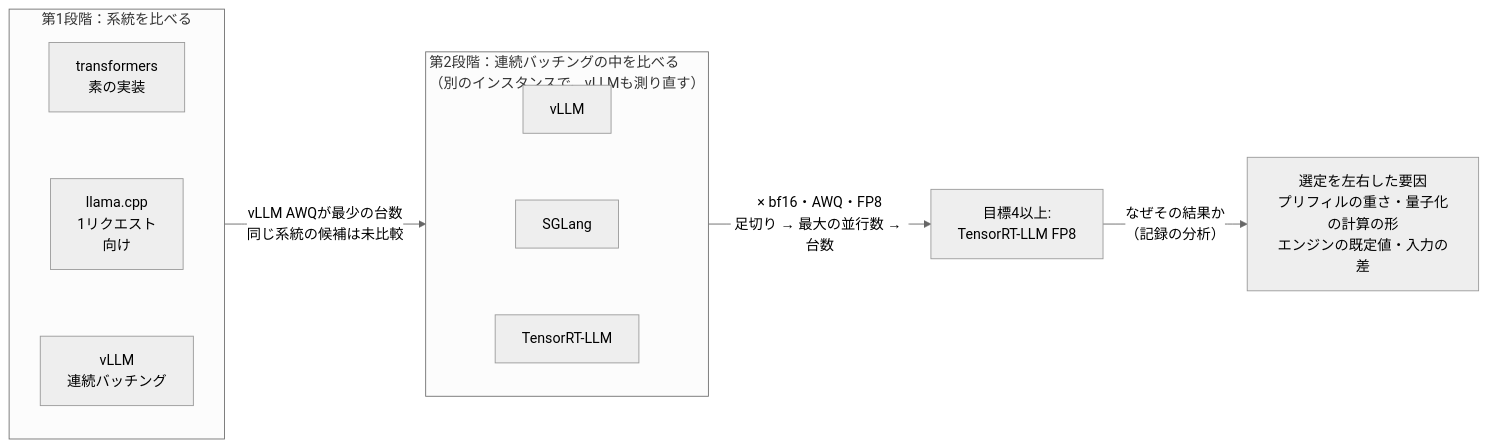
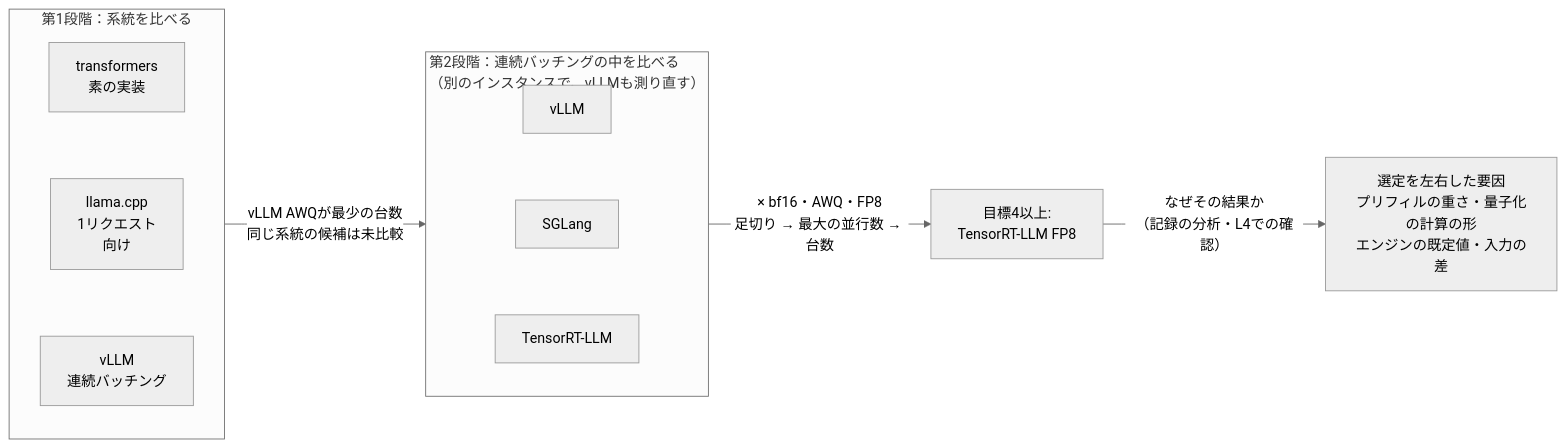
Before and after one commit to yuya0408/toolcall-serving-bench: the diagram in README.md, drawn with Mermaid (neutral theme). The commit also changed other lines of this file and 2 other files, not shown here.

````diff
--- a/README.md
+++ b/README.md
@@ -10,20 +10,20 @@
 ```mermaid
 flowchart LR
     subgraph S1["第1段階：系統を比べる"]
         direction TB
         T["transformers<br/>素の実装"]
         L["llama.cpp<br/>1リクエスト<br/>向け"]
         V1["vLLM<br/>連続バッチング"]
         T ~~~ L ~~~ V1
     end
     subgraph S2["第2段階：連続バッチングの中を比べる<br/>（別のインスタンスで、vLLMも測り直す）"]
         direction TB
         V2["vLLM"]
         SG["SGLang"]
         TR["TensorRT-LLM"]
         V2 ~~~ SG ~~~ TR
     end
     S1 -->|"vLLM AWQが最少の台数<br/>同じ系統の候補は未比較"| S2
     S2 -->|"× bf16・AWQ・FP8<br/>足切り → 最大の並行数 → 台数"| D["目標4以上:<br/>TensorRT-LLM FP8"]
-    D -->|"なぜその結果か<br/>（記録の分析）"| K["選定を左右した要因<br/>プリフィルの重さ・量子化の計算の形<br/>エンジンの既定値・入力の差"]
+    D -->|"なぜその結果か<br/>（記録の分析・L4での確認）"| K["選定を左右した要因<br/>プリフィルの重さ・量子化の計算の形<br/>エンジンの既定値・入力の差"]
 ```
````
